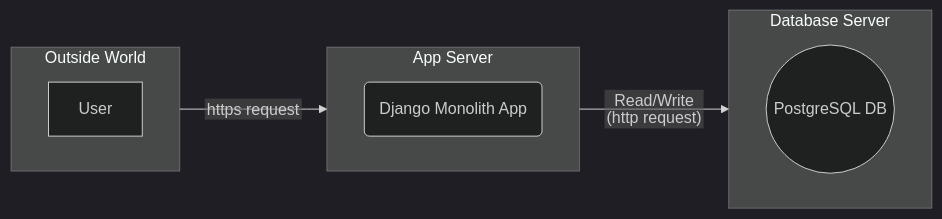
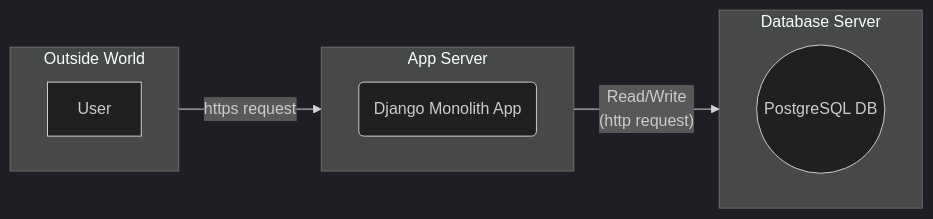
The second of 3 diagrams in Diagram/Diagram_Only/Phase1_TheMonolithEra.md (004Ajay/Rough), drawn with Mermaid (dark theme) before and after one commit. The commit also changed other lines of this file, not shown here.

Commit message:
LB Diagram correction; making connections writings clear

````diff
--- a/Diagram/Diagram_Only/Phase1_TheMonolithEra.md
+++ b/Diagram/Diagram_Only/Phase1_TheMonolithEra.md
@@ -25,24 +25,24 @@
 ```mermaid
-%%{init: {'flowchart': {'htmlLabels': false}}}%%
+%%{init: {'flowchart': {'htmlLabels': false,}}}%%
 
 graph LR
   %% Nodes
   A[User]
   B(Django Monolith App)
   C((PostgreSQL DB))
 
 subgraph Outside World
 direction LR
   A 
 end
 
 subgraph App Server
 direction LR
-  A --https request--> B
+  A -- https request --> B
 end
 
 subgraph Database Server
 direction LR
-  B --Read/Write<br>(http request)--> C
+  B -- Read/Write<br>(http request) --> C
 end
 ```
````
